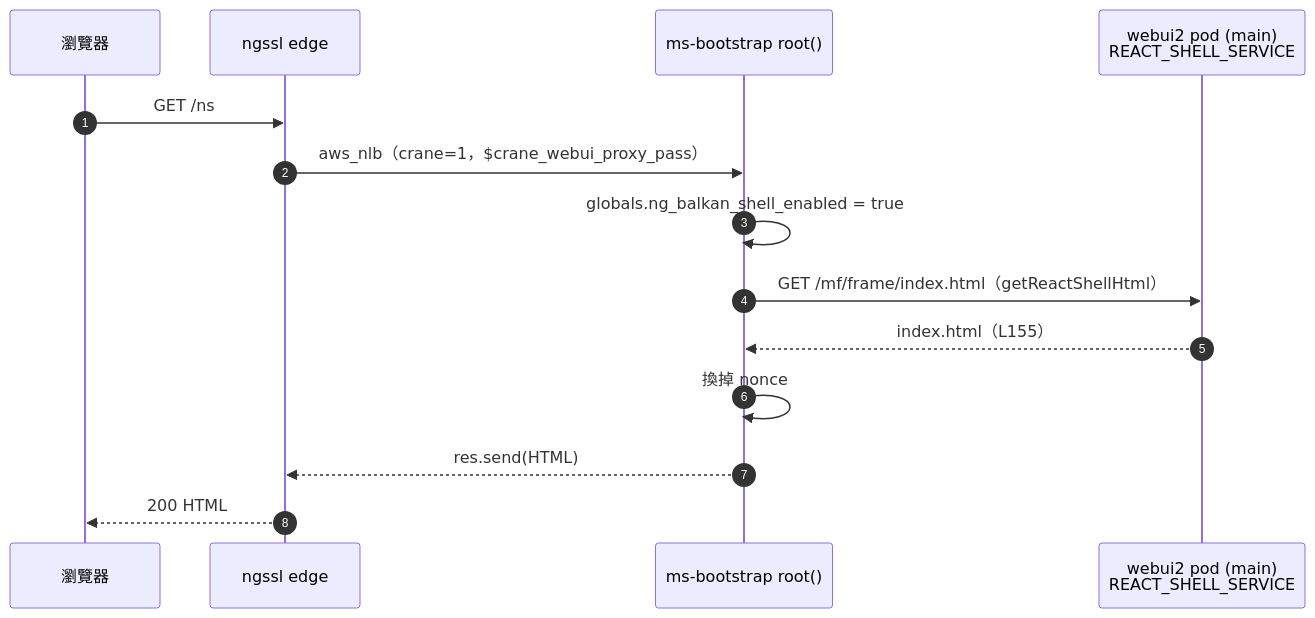
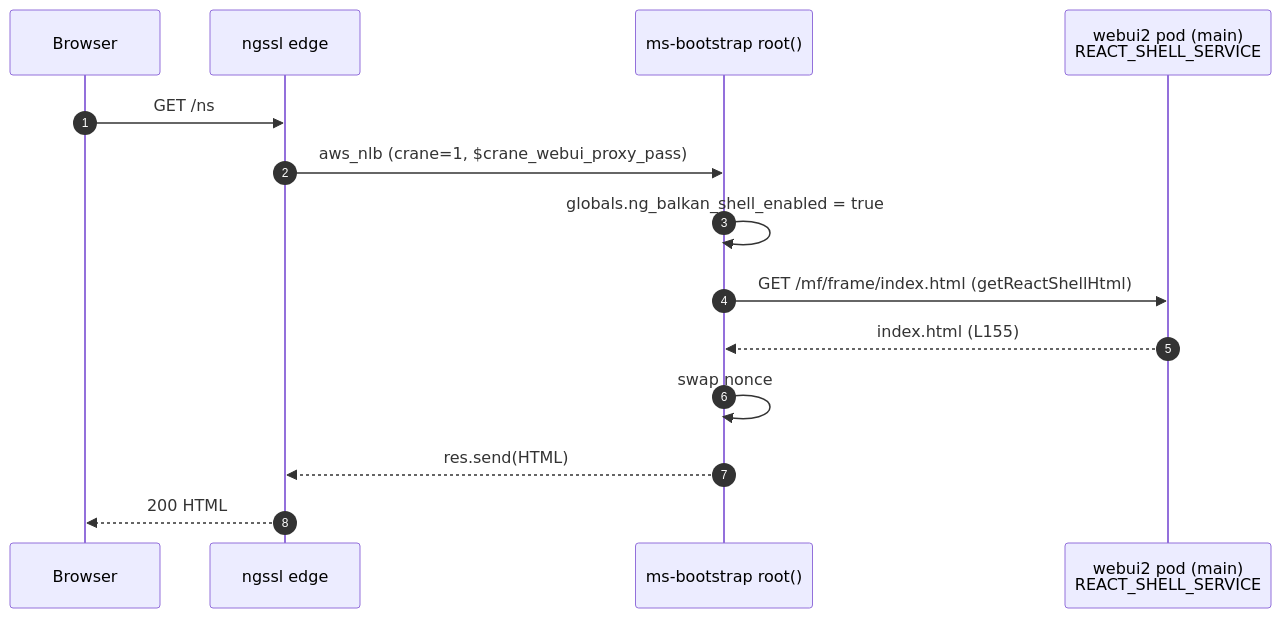
One commit to ns-lhsiao/lhsiao-claude changed the fifth of 8 diagrams in knowledge/crane-frame-index-serving.md. Above: the diagram before and after it, drawn with Mermaid. The commit also changed other lines of this file and 1 other file, not shown here.

First line of the commit message:
docs: translate crane webui2 render knowledge to English

````diff
--- a/knowledge/crane-frame-index-serving.md
+++ b/knowledge/crane-frame-index-serving.md
@@ -143,16 +143,16 @@
 ```mermaid
 sequenceDiagram
   autonumber
-  participant B as 瀏覽器
+  participant B as Browser
   participant E as ngssl edge
   participant M as ms-bootstrap root()
   participant W as webui2 pod (main)<br/>REACT_SHELL_SERVICE
   B->>E: GET /ns
-  E->>M: aws_nlb（crane=1，$crane_webui_proxy_pass）
+  E->>M: aws_nlb (crane=1, $crane_webui_proxy_pass)
   M->>M: globals.ng_balkan_shell_enabled = true
-  M->>W: GET /mf/frame/index.html（getReactShellHtml）
-  W-->>M: index.html（L155）
-  M->>M: 換掉 nonce
+  M->>W: GET /mf/frame/index.html (getReactShellHtml)
+  W-->>M: index.html (L155)
+  M->>M: swap nonce
   M-->>E: res.send(HTML)
   E-->>B: 200 HTML
 ```
````
